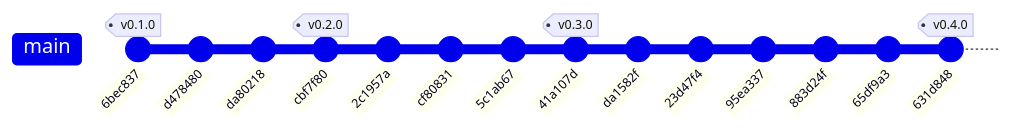
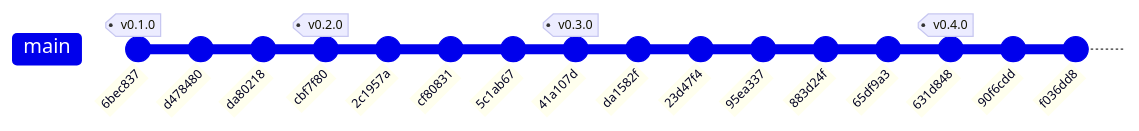
Before and after one commit to jeremialcala/bcv-fx-ingestor: the diagram in docs/03-implementation/repo-history.md, drawn with Mermaid. The commit also changed other lines of this file and 1 other file, not shown here.

````diff
--- a/docs/03-implementation/repo-history.md
+++ b/docs/03-implementation/repo-history.md
@@ -19,17 +8,19 @@
 ```mermaid
 gitGraph
     commit id: "6bec837" tag: "v0.1.0"
     commit id: "d478480"
     commit id: "da80218"
     commit id: "cbf7f80" tag: "v0.2.0"
     commit id: "2c1957a"
     commit id: "cf80831"
     commit id: "5c1ab67"
     commit id: "41a107d" tag: "v0.3.0"
     commit id: "da1582f"
     commit id: "23d47f4"
     commit id: "95ea337"
     commit id: "883d24f"
     commit id: "65df9a3"
     commit id: "631d848" tag: "v0.4.0"
+    commit id: "90f6cdd"
+    commit id: "f036dd8"
 ```
````
